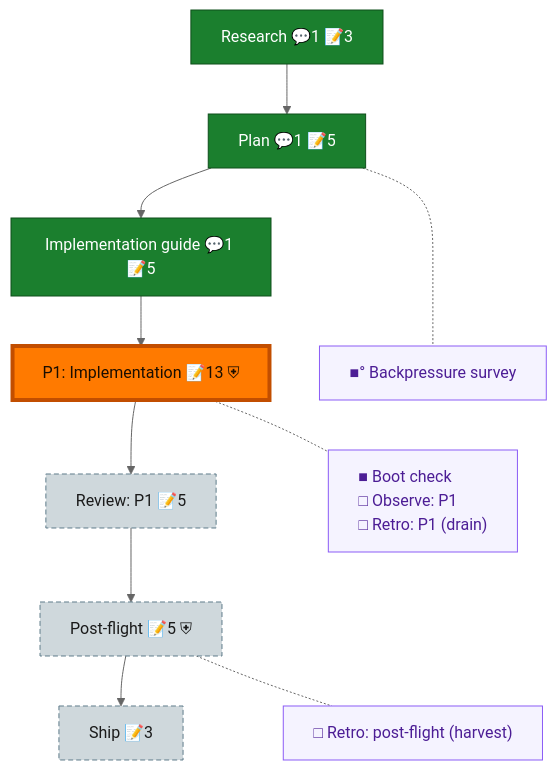
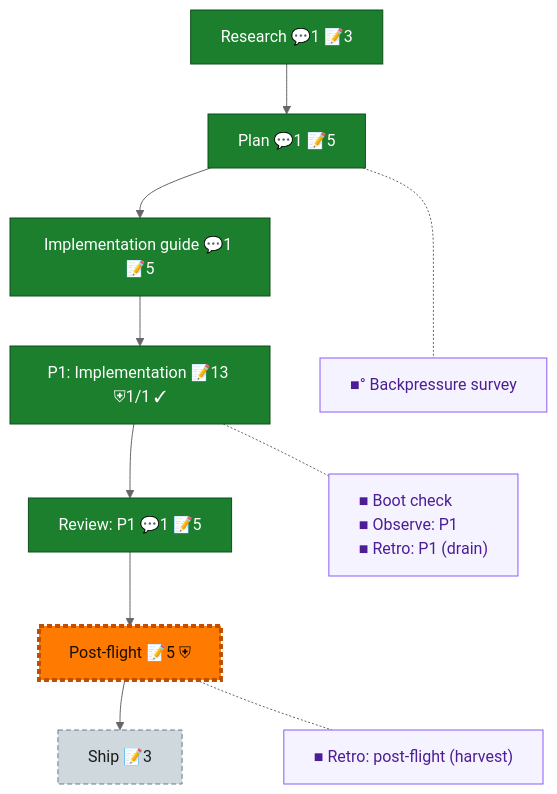
One commit to AI-Substrate/Unisphere changed the diagram in docs/plans/009-adapter-catalog/the-flow.md. Above: the diagram before and after it, drawn with Mermaid (neutral theme). The commit also changed other lines of this file and 3 other files, not shown here.

````diff
--- a/docs/plans/009-adapter-catalog/the-flow.md
+++ b/docs/plans/009-adapter-catalog/the-flow.md
@@ -8,31 +8,30 @@
 ```mermaid
 flowchart TD
     research["Research 💬1 📝3"]:::done
     plan["Plan 💬1 📝5"]:::done
     impl_guide["Implementation guide 💬1 📝5"]:::done
-    phase_1["P1: Implementation 📝13 ⛨"]:::wip
-    review_1["Review: P1 📝5"]:::assumed
+    phase_1["P1: Implementation 📝13 ⛨1/1 ✓"]:::done
+    review_1["Review: P1 💬1 📝5"]:::done
     post_flight["Post-flight 📝5 ⛨"]:::assumed
     ship["Ship 📝3"]:::assumed
 
     research --> plan --> impl_guide --> phase_1 --> review_1 --> post_flight --> ship
 
     planC["■° Backpressure survey"]:::chore
-    phase_1C["■ Boot check<br/>□ Observe: P1<br/>□ Retro: P1 (drain)"]:::chore
-    post_flightC["□ Retro: post-flight (harvest)"]:::chore
+    phase_1C["■ Boot check<br/>■ Observe: P1<br/>■ Retro: P1 (drain)"]:::chore
+    post_flightC["■ Retro: post-flight (harvest)"]:::chore
 
     %% invisible chain holds the gutter boxes in their own column
     planC ~~~ phase_1C ~~~ post_flightC
 
     %% dotted links pull each gutter box beside its node
     plan -.- planC
     phase_1 -.- phase_1C
     post_flight -.- post_flightC
 
     classDef done fill:#1B7F2E,stroke:#0F4F1B,color:#fff;
-    classDef wip fill:#43C04A,stroke:#1B7F2E,color:#04210A;
     classDef assumed fill:#CFD8DC,stroke:#607D8B,color:#1a1a1a,stroke-dasharray:5 3;
     classDef chore fill:#f5f3ff,stroke:#8b5cf6,color:#4c1d95,text-align:left;
     classDef current fill:#FF7A00,stroke:#C24E00,color:#1a0e00,stroke-width:4px;
-    class phase_1 current;
+    class post_flight current;
 ```
````
